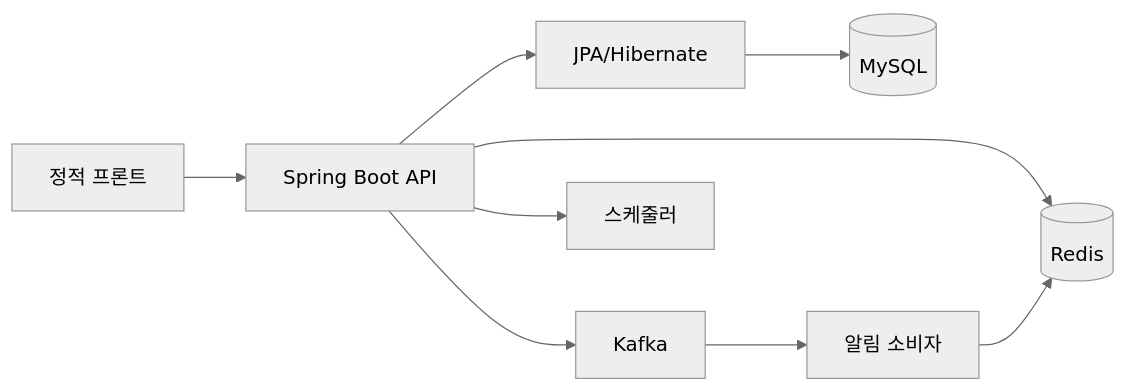
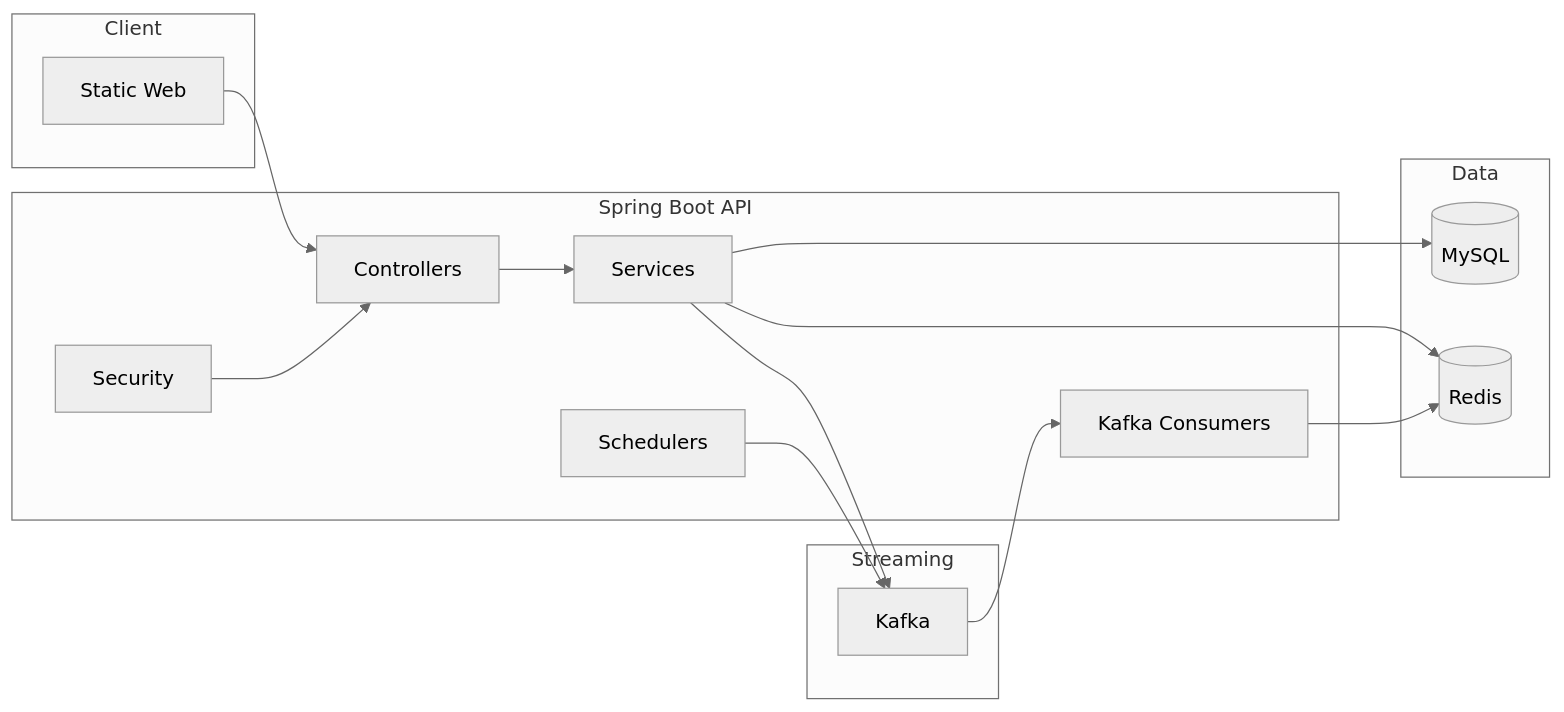
Before and after one commit to kiy3035/Ticketing: the first of 3 diagrams in README.md, drawn with Mermaid (neutral theme). The commit also changed other lines of this file, not shown here.

````diff
--- a/README.md
+++ b/README.md
@@ -25,11 +7,33 @@
 ```mermaid
 flowchart LR
-    FE[정적 프론트] --> API[Spring Boot API]
-    API --> JPA[JPA/Hibernate]
-    JPA --> DB[(MySQL)]
-    API --> R[(Redis)]
-    API --> K[Kafka]
-    API --> S[스케줄러]
-    K --> NC[알림 소비자]
-    NC --> R
+    subgraph client [Client]
+        Web[Static Web]
+    end
+
+    subgraph api [Spring Boot API]
+        Sec[Security]
+        Ctrl[Controllers]
+        Svc[Services]
+        Sch[Schedulers]
+        Con[Kafka Consumers]
+    end
+
+    subgraph data [Data]
+        DB[(MySQL)]
+        R[(Redis)]
+    end
+
+    subgraph stream [Streaming]
+        K[Kafka]
+    end
+
+    Web --> Ctrl
+    Sec --> Ctrl
+    Ctrl --> Svc
+    Svc --> DB
+    Svc --> R
+    Svc --> K
+    Sch --> K
+    K --> Con
+    Con --> R
 ```
````
